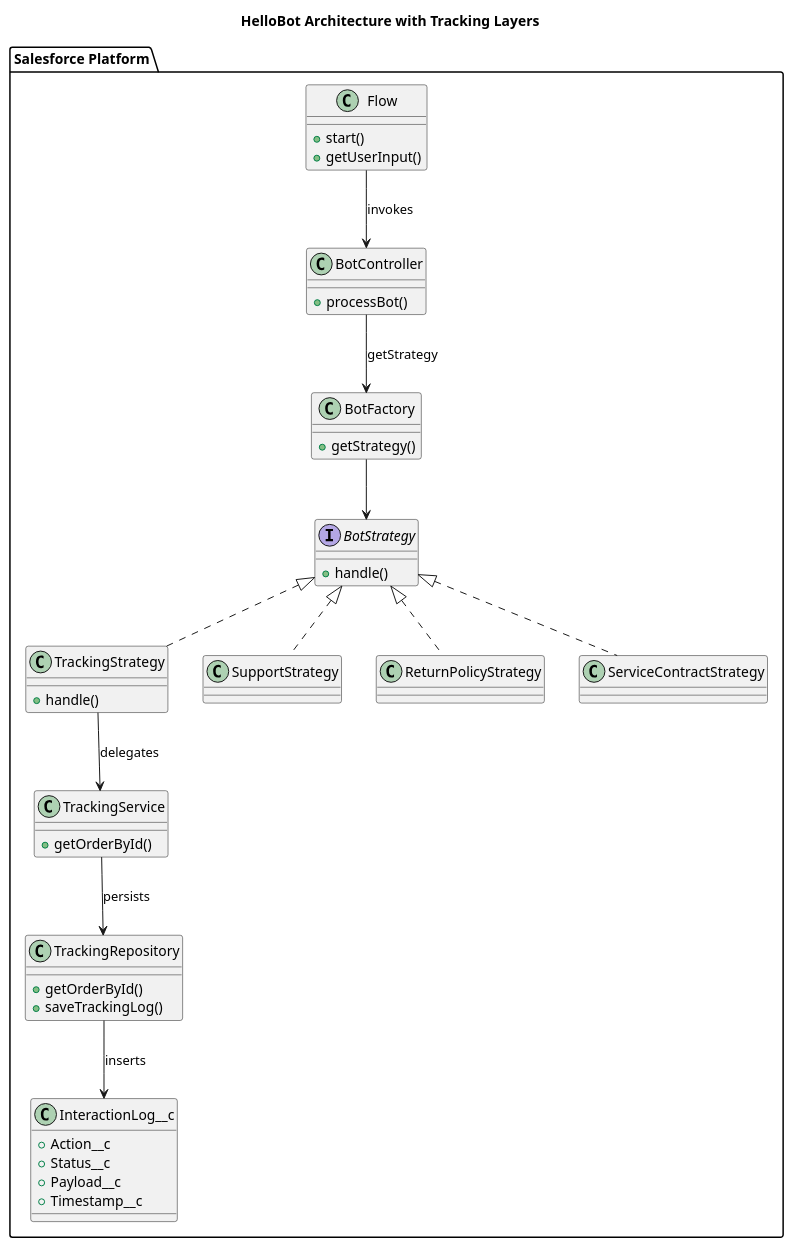
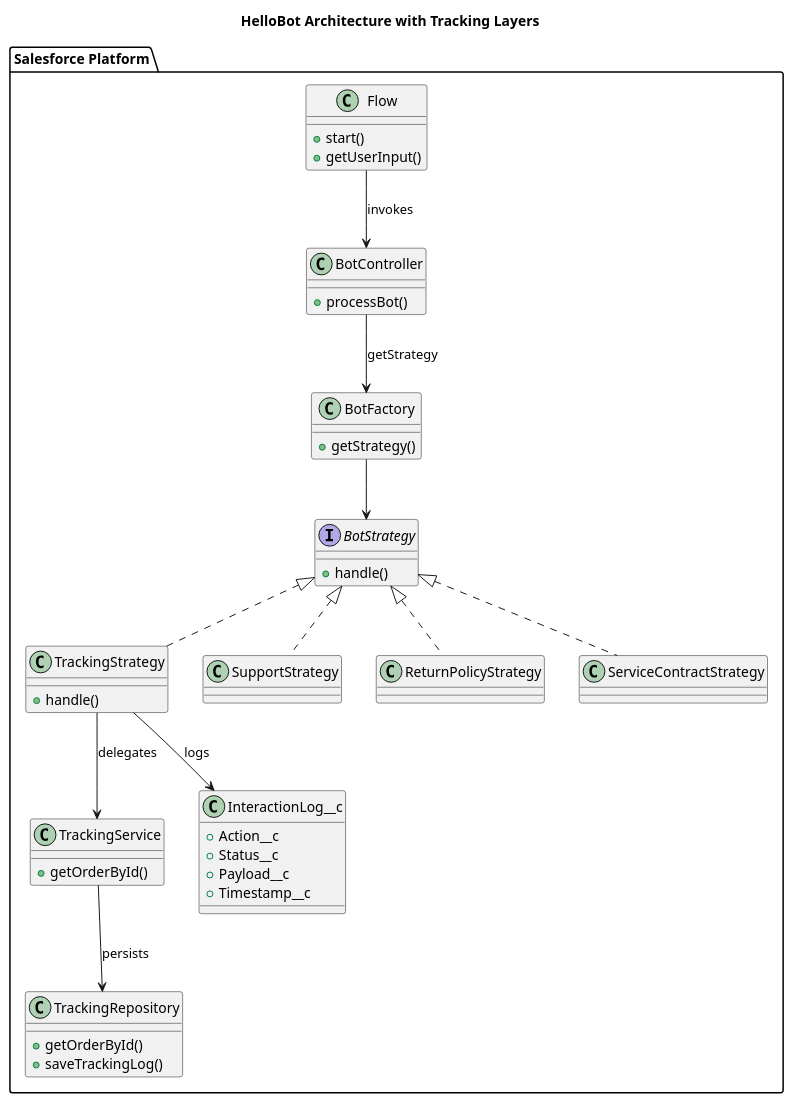
The diagram in diagram.puml (jrs-soft/hello-bot), drawn with PlantUML before and after one commit. The commit also changed 2 other files, not shown here.

```diff
--- a/diagram.puml
+++ b/diagram.puml
@@ -1,60 +1,61 @@
 @startuml
 title HelloBot Architecture with Tracking Layers
 
 package "Salesforce Platform" {
   
   class Flow {
     +start()
     +getUserInput()
   }
   
   class BotController {
     +processBot()
   }
   
   class BotFactory {
     +getStrategy()
   }
   
   interface BotStrategy {
     +handle()
   }
   
   class TrackingStrategy {
     +handle()
   }
   
   class TrackingService {
     +getOrderById()
   }
   
   class TrackingRepository {
     +getOrderById()
     +saveTrackingLog()
   }
   
   class SupportStrategy
   class ReturnPolicyStrategy
   class ServiceContractStrategy
   
   class InteractionLog__c {
     +Action__c
     +Status__c
     +Payload__c
     +Timestamp__c
   }
 
   /' relationships '/
   Flow --> BotController : invokes
   BotController --> BotFactory : getStrategy
   BotFactory --> BotStrategy
   BotStrategy <|.. TrackingStrategy
   BotStrategy <|.. SupportStrategy
   BotStrategy <|.. ReturnPolicyStrategy
   BotStrategy <|.. ServiceContractStrategy
+  
   TrackingStrategy --> TrackingService : delegates
+  TrackingStrategy --> InteractionLog__c : logs
   TrackingService --> TrackingRepository : persists
-  TrackingRepository --> InteractionLog__c : inserts
 }
 
 @enduml
```
